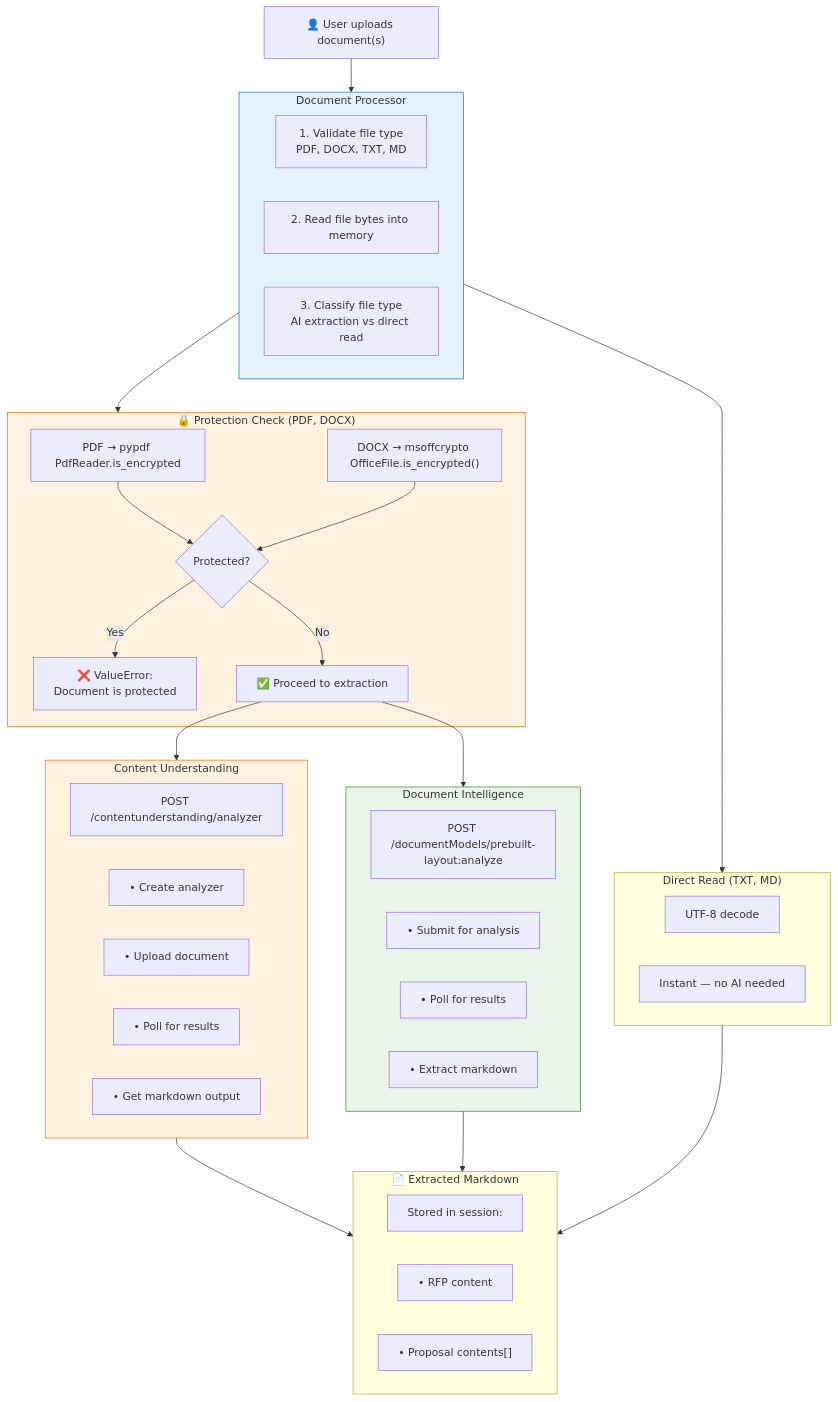
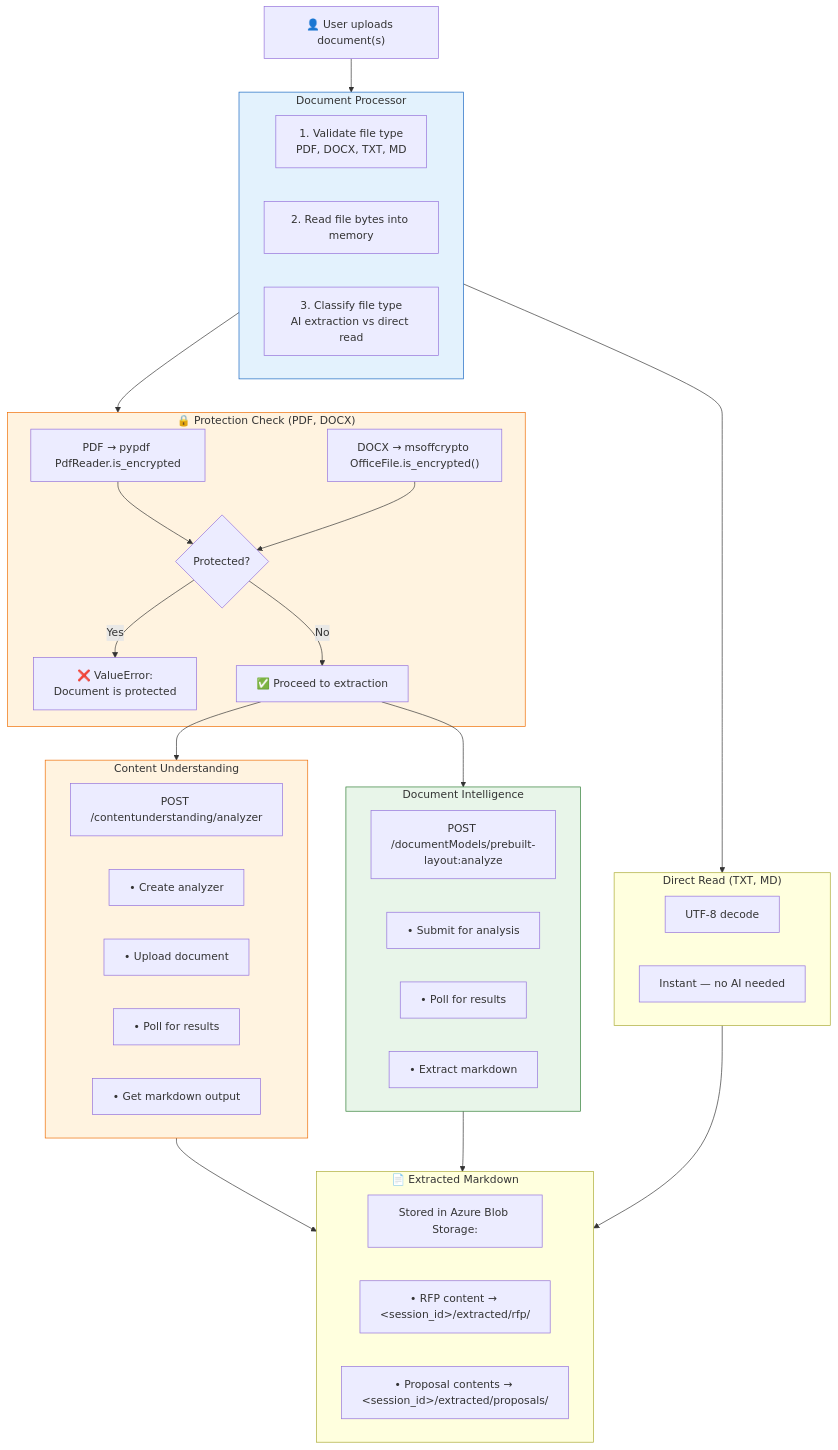
Diagram 11 of 25 in docs/ARCHITECTURE.md (amgdy/rfp-analyzer), drawn with Mermaid before and after one commit. The commit also changed other lines of this file and 2 other files, not shown here.

First line of the commit message:
fix: address code review feedback - session ID persistence and blob loading logic

````diff
--- a/docs/ARCHITECTURE.md
+++ b/docs/ARCHITECTURE.md
@@ -425,59 +434,59 @@
 ```mermaid
 flowchart TB
     Upload["👤 User uploads document(s)"]
     
     subgraph DocProc["Document Processor"]
         V["1. Validate file type<br>PDF, DOCX, TXT, MD"]
         R["2. Read file bytes into memory"]
         S["3. Classify file type<br>AI extraction vs direct read"]
     end
     
     Upload --> DocProc
     
     DocProc --> TextRead & ProtCheck
     
     subgraph TextRead["Direct Read (TXT, MD)"]
         TR1["UTF-8 decode"]
         TR2["Instant — no AI needed"]
     end
     
     subgraph ProtCheck["🔒 Protection Check (PDF, DOCX)"]
         PC1["PDF → pypdf PdfReader.is_encrypted"]
         PC2["DOCX → msoffcrypto OfficeFile.is_encrypted()"]
         PC3{"Protected?"}
         PC1 --> PC3
         PC2 --> PC3
         PC3 -- Yes --> Err["❌ ValueError:<br>Document is protected"]
         PC3 -- No --> OK["✅ Proceed to extraction"]
     end
     
     OK --> CU & DI
     
     subgraph CU["Content Understanding"]
         CU1["POST /contentunderstanding/analyzer"]
         CU2["• Create analyzer"]
         CU3["• Upload document"]
         CU4["• Poll for results"]
         CU5["• Get markdown output"]
     end
     
     subgraph DI["Document Intelligence"]
         DI1["POST /documentModels/prebuilt-layout:analyze"]
         DI2["• Submit for analysis"]
         DI3["• Poll for results"]
         DI4["• Extract markdown"]
     end
     
     CU & DI & TextRead --> Output
     
     subgraph Output["📄 Extracted Markdown"]
-        O1["Stored in session:"]
-        O2["• RFP content"]
-        O3["• Proposal contents[]"]
+        O1["Stored in Azure Blob Storage:"]
+        O2["• RFP content → &lt;session_id&gt;/extracted/rfp/"]
+        O3["• Proposal contents → &lt;session_id&gt;/extracted/proposals/"]
     end
     
     style DocProc fill:#e3f2fd,stroke:#1565c0
     style ProtCheck fill:#fff3e0,stroke:#ef6c00
     style CU fill:#fff3e0,stroke:#ef6c00
     style DI fill:#e8f5e9,stroke:#2e7d32
 ```
````
